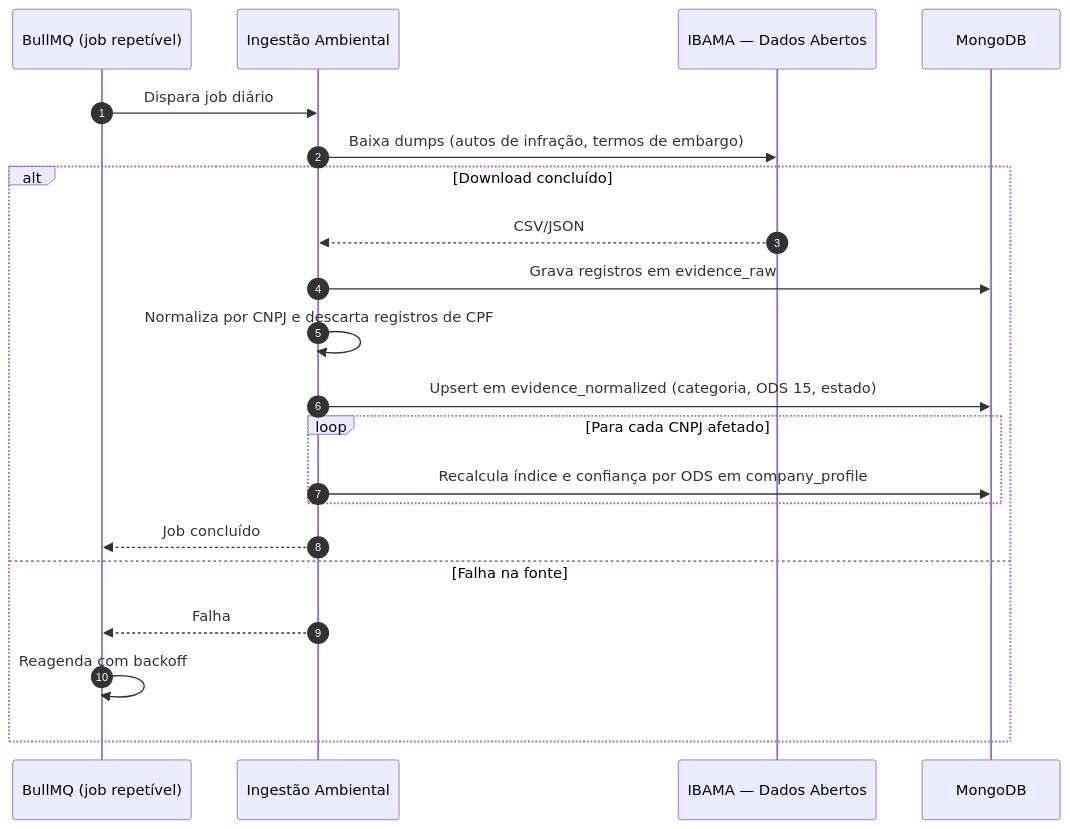
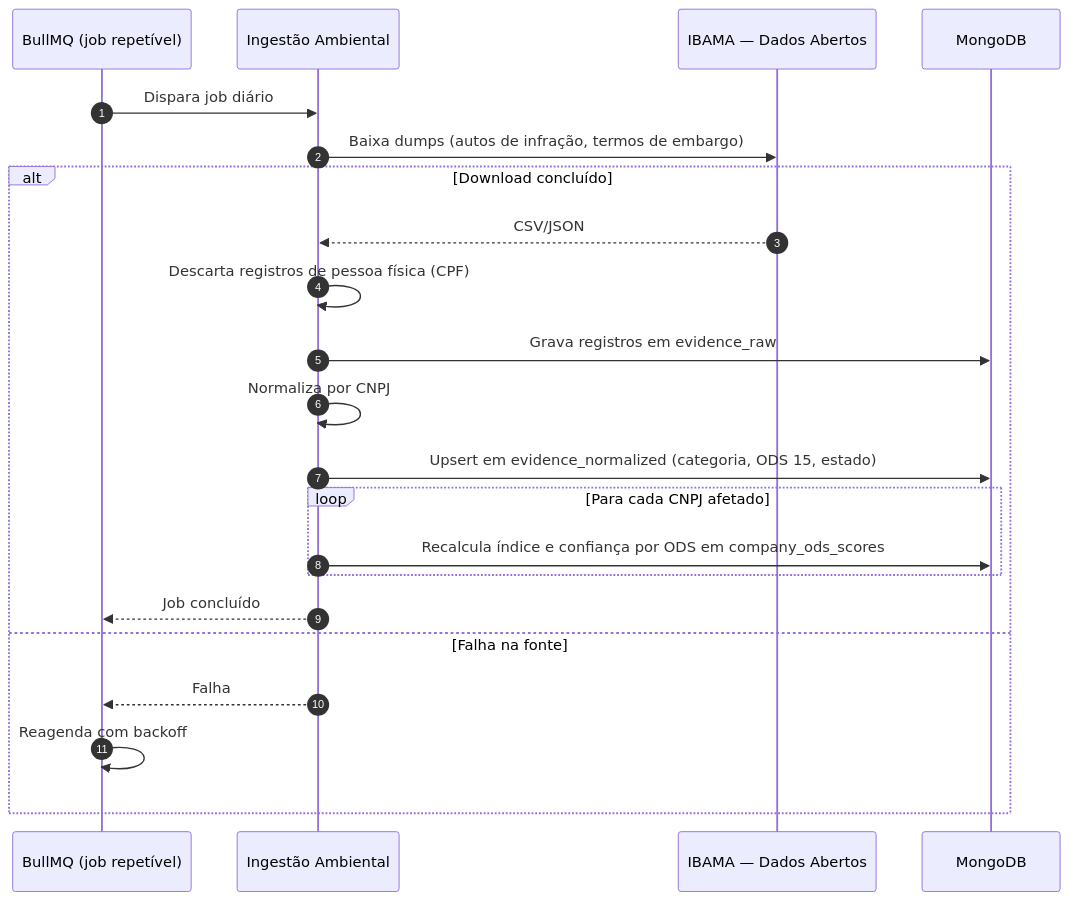
Before and after one commit to odavibatista/bios-docs: the fourth of 5 diagrams in 08-Artefatos-de-Análise.md, drawn with Mermaid. The commit also changed other lines of this file and 4 other files, not shown here.

Commit message:
chore(docs): DBML + diagrama do banco adicionados

````diff
--- a/08-Artefatos-de-Análise.md
+++ b/08-Artefatos-de-Análise.md
@@ -863,24 +864,25 @@
 ```mermaid
 sequenceDiagram
     autonumber
     participant Q as BullMQ (job repetível)
     participant AMB as Ingestão Ambiental
     participant IB as IBAMA — Dados Abertos
     participant DB as MongoDB
 
     Q->>AMB: Dispara job diário
     AMB->>IB: Baixa dumps (autos de infração, termos de embargo)
     alt Download concluído
         IB-->>AMB: CSV/JSON
+        AMB->>AMB: Descarta registros de pessoa física (CPF)
         AMB->>DB: Grava registros em evidence_raw
-        AMB->>AMB: Normaliza por CNPJ e descarta registros de CPF
+        AMB->>AMB: Normaliza por CNPJ
         AMB->>DB: Upsert em evidence_normalized (categoria, ODS 15, estado)
         loop Para cada CNPJ afetado
-            AMB->>DB: Recalcula índice e confiança por ODS em company_profile
+            AMB->>DB: Recalcula índice e confiança por ODS em company_ods_scores
         end
         AMB-->>Q: Job concluído
     else Falha na fonte
         AMB-->>Q: Falha
         Q->>Q: Reagenda com backoff
     end
 ```
````
